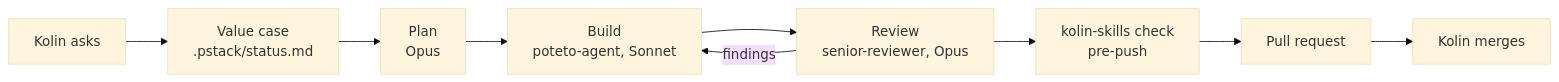
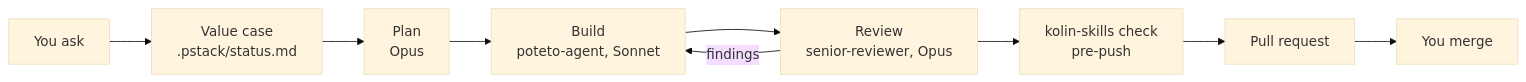
Before and after one commit to kolin-HJ/Kolin-Skills: the first of 2 diagrams in README.md, drawn with Mermaid (base theme). The commit also changed other lines of this file, not shown here.

````diff
--- a/README.md
+++ b/README.md
@@ -59,11 +71,11 @@
 ```mermaid
 flowchart LR
-  ask[Kolin asks] --> value[Value case<br/>.pstack/status.md]
+  ask[You ask] --> value[Value case<br/>.pstack/status.md]
   value --> plan[Plan<br/>Opus]
   plan --> build[Build<br/>poteto-agent, Sonnet]
   build --> review[Review<br/>senior-reviewer, Opus]
   review -- findings --> build
   review --> gate[kolin-skills check<br/>pre-push]
   gate --> pr[Pull request]
-  pr --> merge[Kolin merges]
+  pr --> merge[You merge]
 ```
````
